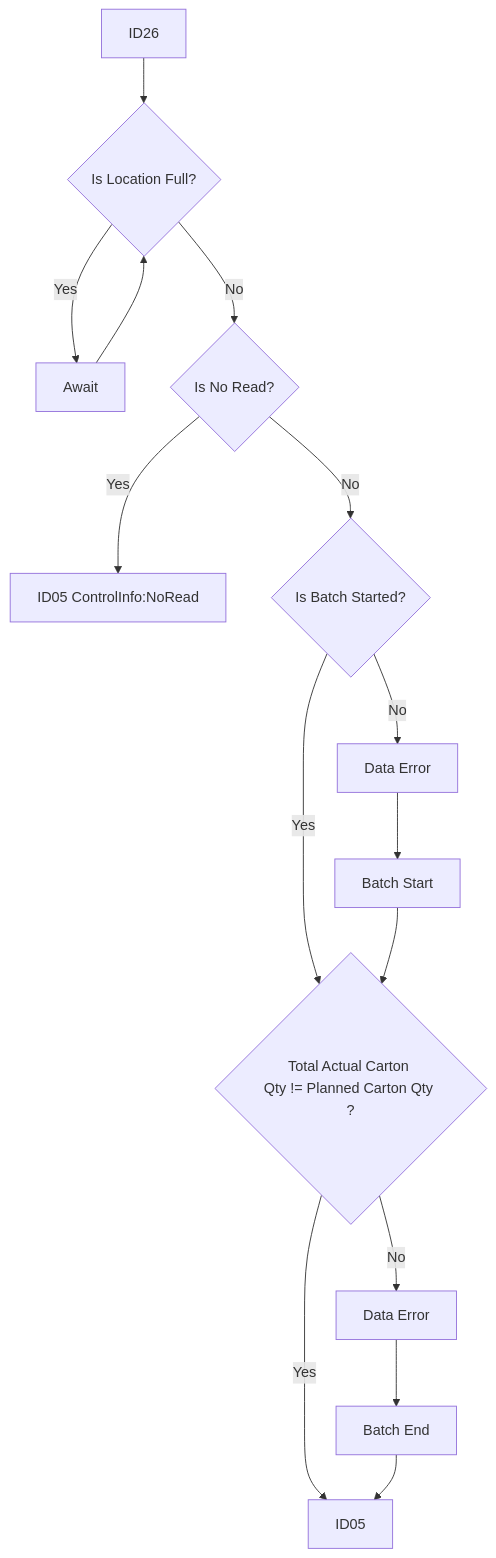
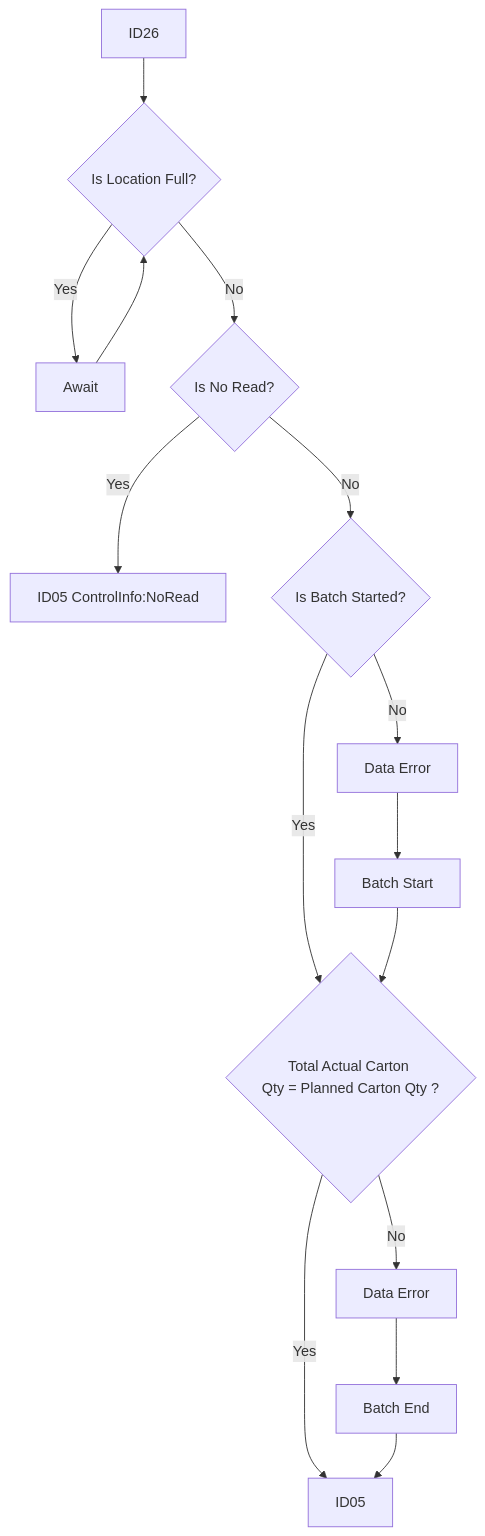
One commit to luthfiadityaa/SimeDarby-Wiki changed the second of 3 diagrams in Basic-Design/DFD-WMS/Storage/Palletizing-Settting/Batch-End.md. Above: the diagram before and after it, drawn with Mermaid.

Commit message:
Updated Batch End

```diff
--- a/Basic-Design/DFD-WMS/Storage/Palletizing-Settting/Batch-End.md
+++ b/Basic-Design/DFD-WMS/Storage/Palletizing-Settting/Batch-End.md
@@ -77,13 +77,13 @@
 ::: mermaid
 flowchart TD  
 ArrivalAt1101[ID26] --> Cond1{Is Location Full?}  
 Cond1 -->|Yes| Await[Await] --> Cond1  
 Cond1 -->|No| Cond2{Is No Read?}  
 Cond2 -->|Yes| Move1[ID05 ControlInfo:NoRead]  
 Cond2 -->|No| Cond3{Is Batch Started?}  
-Cond3 -->|Yes| Cond4{Total Actual Carton Qty != Planned Carton Qty ?}  
+Cond3 -->|Yes| Cond4{Total Actual Carton Qty = Planned Carton Qty ?}  
 Cond3 -->|No| DataError1[Data Error]  
 DataError1[Data Error] --> BatchStart[Batch Start] --> Cond4  
 Cond4 -->|Yes| Move2[ID05]  
 Cond4 -->|No| DataError2[Data Error] --> BatchEnd[Batch End] --> Move2[ID05]
 :::
```
